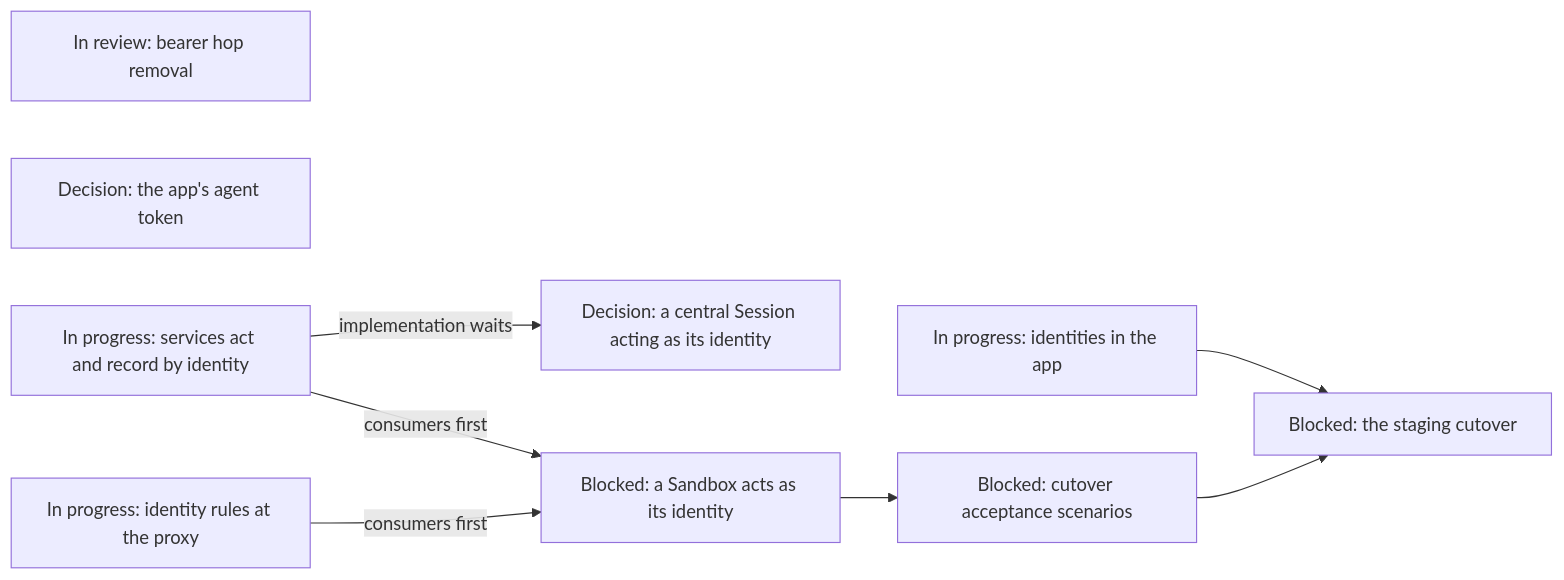
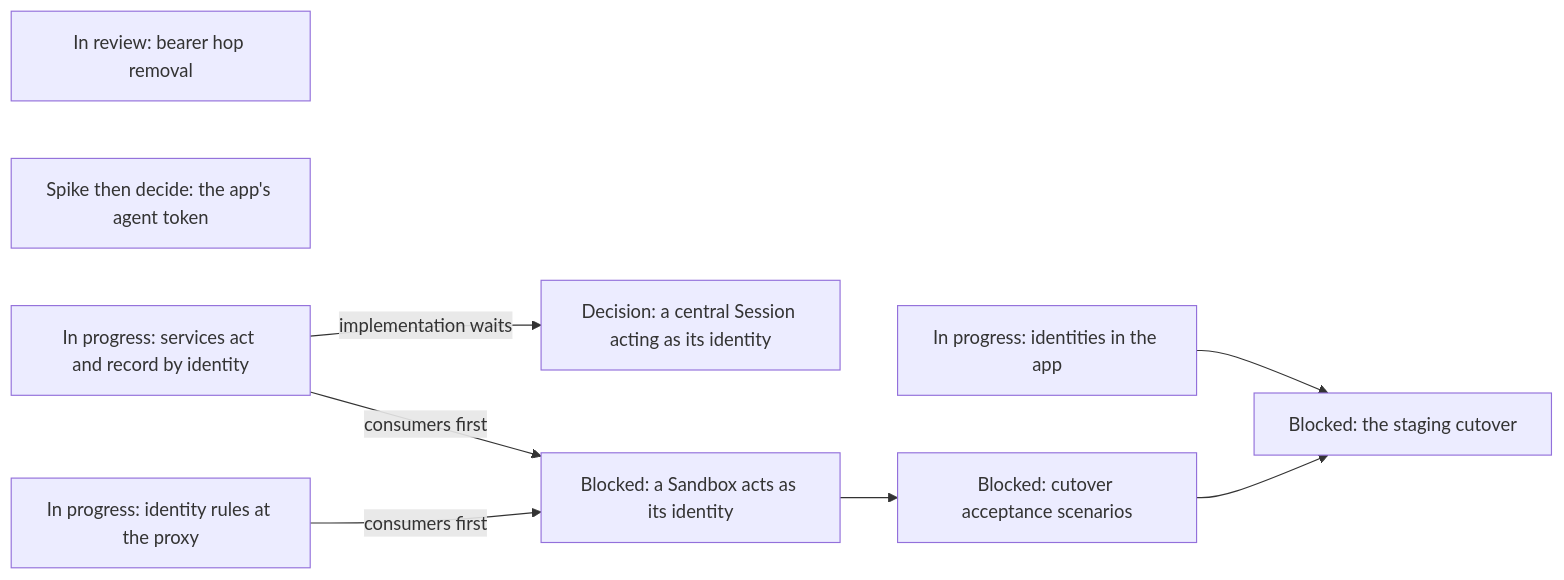
One commit to agentydragon/ducktape changed diagram 17 of 19 in agentplane/plans/task_dag.md. Above: the diagram before and after it, drawn with Mermaid. The commit also changed other lines of this file, not shown here.

First line of the commit message:
agentplane/plans: spike test-minted OIDC tokens before replacing the app's agent token

````diff
--- a/agentplane/plans/task_dag.md
+++ b/agentplane/plans/task_dag.md
@@ -3033,16 +3033,16 @@
 ```mermaid
 flowchart LR
     WORKLOAD_AUTH_CUTOVER[In review: bearer hop removal]
-    APP_AGENT_TOKEN_DECISION[Decision: the app's agent token]
+    APP_AGENT_TOKEN_DECISION[Spike then decide: the app's agent token]
     CENTRAL_SESSION_ACTING_DESIGN[Decision: a central Session acting as its identity]
     SERVICES_IDENTITY_PRINCIPAL -->|implementation waits| CENTRAL_SESSION_ACTING_DESIGN
     APP_IDENTITIES_UI[In progress: identities in the app]
     EGRESS_IDENTITY_RULES[In progress: identity rules at the proxy]
     SERVICES_IDENTITY_PRINCIPAL[In progress: services act and record by identity]
     SANDBOX_IDENTITY_SPEC[Blocked: a Sandbox acts as its identity]
     EGRESS_IDENTITY_RULES -->|consumers first| SANDBOX_IDENTITY_SPEC
     SERVICES_IDENTITY_PRINCIPAL -->|consumers first| SANDBOX_IDENTITY_SPEC
     SANDBOX_IDENTITY_SPEC --> IDENTITY_SYSTEM_TESTS[Blocked: cutover acceptance scenarios]
     IDENTITY_SYSTEM_TESTS --> IDENTITY_CUTOVER[Blocked: the staging cutover]
     APP_IDENTITIES_UI --> IDENTITY_CUTOVER
 ```
````
